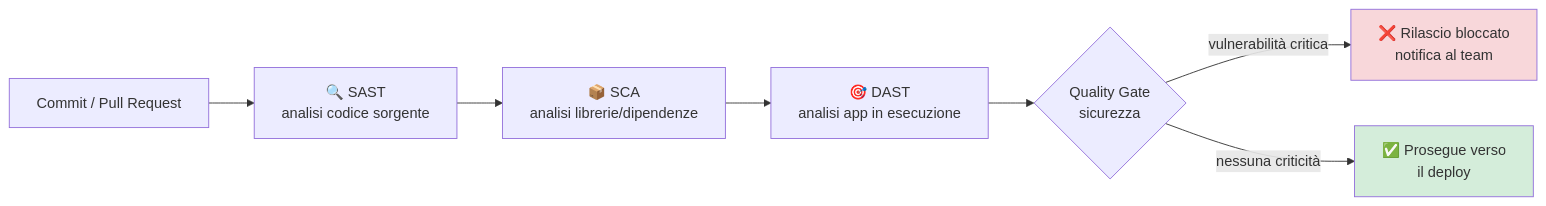
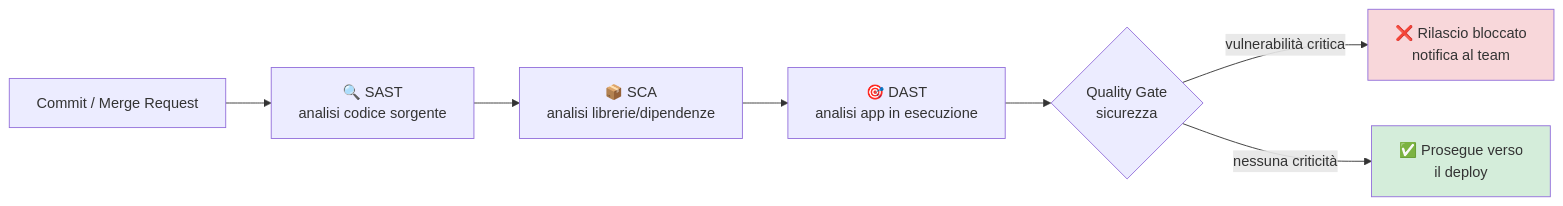
One commit to darioschioppi/corso-onboarding-devops changed the fifth of 5 diagrams in docs/14-sicurezza/README.md. Above: the diagram before and after it, drawn with Mermaid. The commit also changed 20 other files, not shown here.

````diff
--- a/docs/14-sicurezza/README.md
+++ b/docs/14-sicurezza/README.md
@@ -439,12 +439,12 @@
 ```mermaid
 flowchart LR
-    C[Commit / Pull Request] --> SAST[🔍 SAST<br/>analisi codice sorgente]
+    C[Commit / Merge Request] --> SAST[🔍 SAST<br/>analisi codice sorgente]
     SAST --> SCA[📦 SCA<br/>analisi librerie/dipendenze]
     SCA --> DAST[🎯 DAST<br/>analisi app in esecuzione]
     DAST --> GATE{Quality Gate<br/>sicurezza}
     GATE -->|vulnerabilità critica| BLOCK[❌ Rilascio bloccato<br/>notifica al team]
     GATE -->|nessuna criticità| OK[✅ Prosegue verso<br/>il deploy]
 
     style BLOCK fill:#f8d7da
     style OK fill:#d4edda
 ```
````
